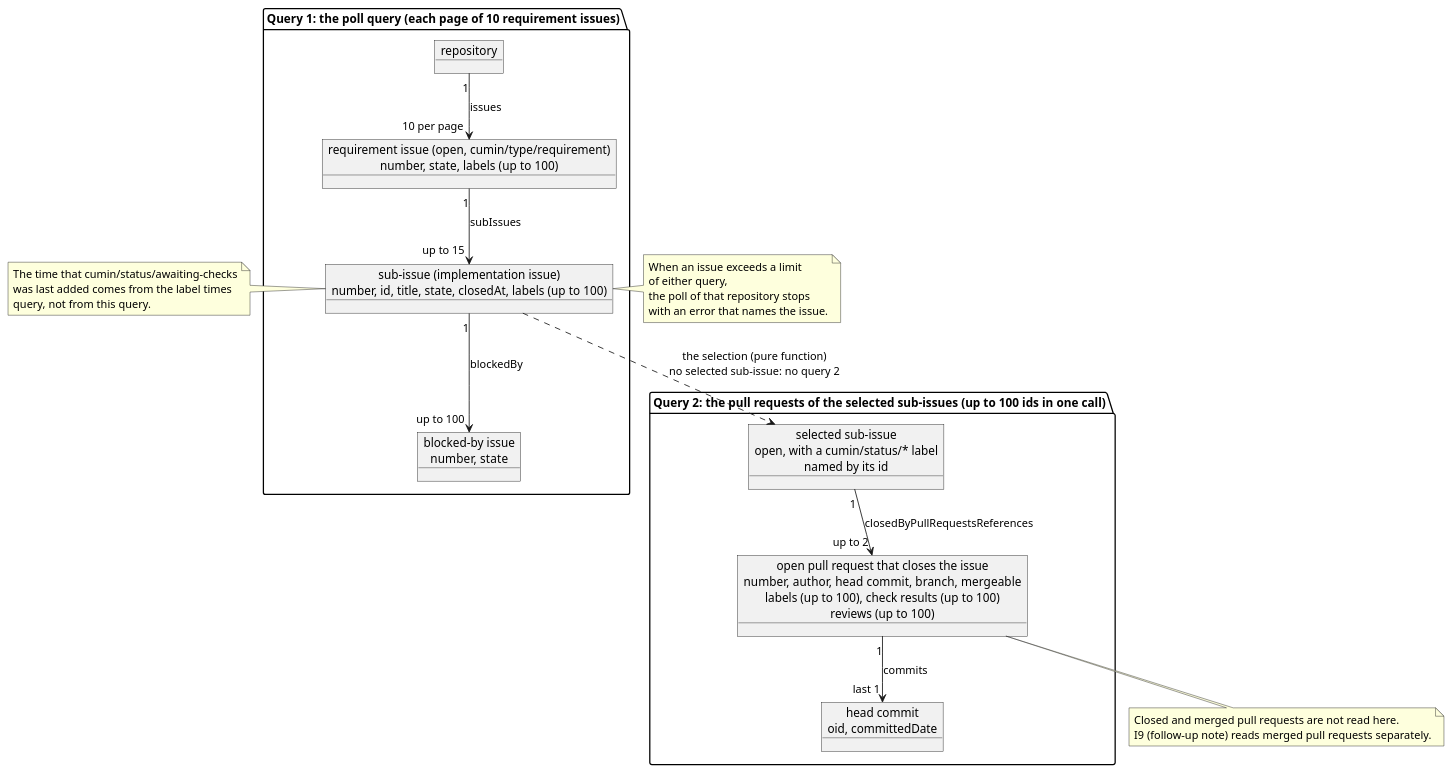
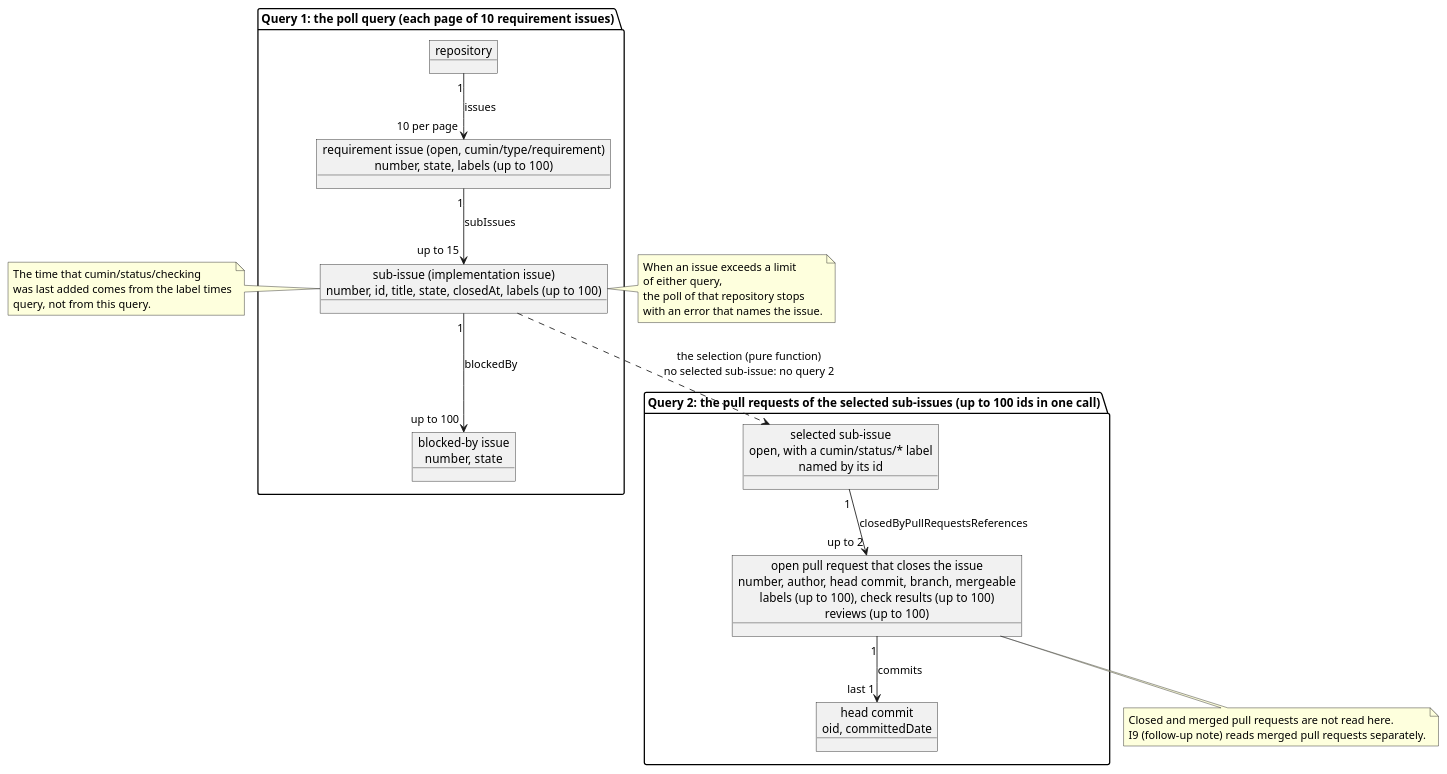
Before and after one commit to cloveclovedev/cumin-works: the diagram in docs/ja/designs/poll-snapshot.puml, drawn with PlantUML. The commit also changed 56 other files, not shown here.

```diff
--- a/docs/ja/designs/poll-snapshot.puml
+++ b/docs/ja/designs/poll-snapshot.puml
@@ -1,42 +1,42 @@
 @startuml poll-snapshot
 ' cumin works - what the two queries of a poll read: nested connections and their limits.
 ' Document: poll.md, section on what a poll reads.
 ' Render: run scripts/render-diagrams.sh at the root of the repository.
 skinparam shadowing false
 skinparam defaultFontName sans-serif
 
 package "Query 1: the poll query (each page of 10 requirement issues)" {
   object "repository" as repo
   object "requirement issue (open, cumin/type/requirement)\nnumber, state, labels (up to 100)" as req
   object "sub-issue (implementation issue)\nnumber, id, title, state, closedAt, labels (up to 100)" as sub
   object "blocked-by issue\nnumber, state" as blocker
 }
 package "Query 2: the pull requests of the selected sub-issues (up to 100 ids in one call)" {
   object "selected sub-issue\nopen, with a cumin/status/* label\nnamed by its id" as selected
   object "open pull request that closes the issue\nnumber, author, head commit, branch, mergeable\nlabels (up to 100), check results (up to 100)\nreviews (up to 100)" as pr
   object "head commit\noid, committedDate" as commit
 }
 
 repo "1" --> "10 per page" req : issues
 req "1" --> "up to 15" sub : subIssues
 sub "1" --> "up to 100" blocker : blockedBy
 sub ..> selected : the selection (pure function)\nno selected sub-issue: no query 2
 selected "1" --> "up to 2" pr : closedByPullRequestsReferences
 pr "1" --> "last 1" commit : commits
 
 note bottom of pr
   Closed and merged pull requests are not read here.
   I9 (follow-up note) reads merged pull requests separately.
 end note
 note left of sub
-  The time that cumin/status/awaiting-checks
+  The time that cumin/status/checking
   was last added comes from the label times
   query, not from this query.
 end note
 note right of sub
   When an issue exceeds a limit
   of either query,
   the poll of that repository stops
   with an error that names the issue.
 end note
 @enduml
```
